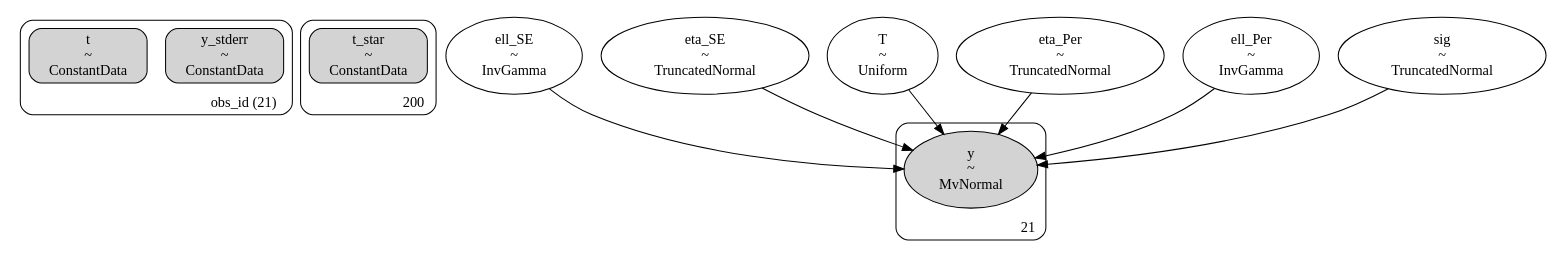
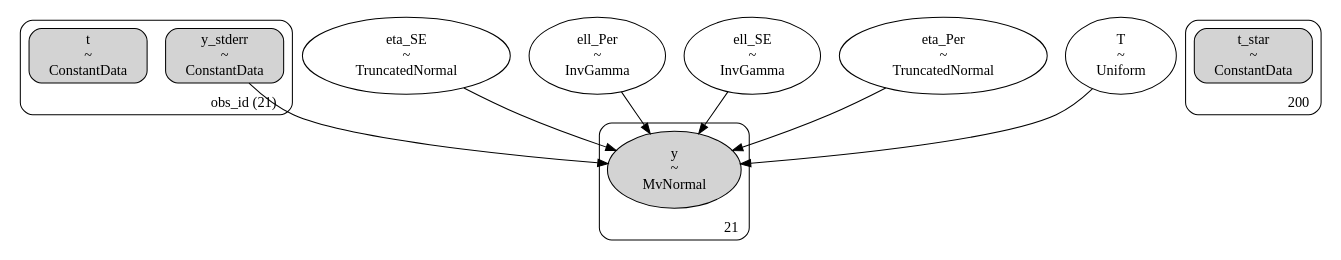
The diagram in dags/428_ra236.530_dec-46.922_4U1543TraPDB_andersson_gpSE_gpPer_dag.dot (shihchingfu/gp-sandbox-thunderkat), drawn with Graphviz before and after one commit. The commit also changed 21 other files, not shown here.

```diff
--- a/dags/428_ra236.530_dec-46.922_4U1543TraPDB_andersson_gpSE_gpPer_dag.dot
+++ b/dags/428_ra236.530_dec-46.922_4U1543TraPDB_andersson_gpSE_gpPer_dag.dot
@@ -1,47 +1,44 @@
 digraph {
 	subgraph "clusterobs_id (21)" {
 		y_stderr [label="y_stderr
 ~
 ConstantData" shape=box style="rounded, filled"]
 		t [label="t
 ~
 ConstantData" shape=box style="rounded, filled"]
 		label="obs_id (21)" labeljust=r labelloc=b style=rounded
 	}
 	subgraph cluster200 {
 		t_star [label="t_star
 ~
 ConstantData" shape=box style="rounded, filled"]
 		label=200 labeljust=r labelloc=b style=rounded
 	}
+	eta_SE [label="eta_SE
+~
+TruncatedNormal" shape=ellipse]
+	ell_Per [label="ell_Per
+~
+InvGamma" shape=ellipse]
 	ell_SE [label="ell_SE
 ~
 InvGamma" shape=ellipse]
-	eta_SE [label="eta_SE
+	eta_Per [label="eta_Per
 ~
 TruncatedNormal" shape=ellipse]
 	T [label="T
 ~
 Uniform" shape=ellipse]
-	eta_Per [label="eta_Per
-~
-TruncatedNormal" shape=ellipse]
-	ell_Per [label="ell_Per
-~
-InvGamma" shape=ellipse]
-	sig [label="sig
-~
-TruncatedNormal" shape=ellipse]
 	subgraph cluster21 {
 		y [label="y
 ~
 MvNormal" shape=ellipse style=filled]
 		label=21 labeljust=r labelloc=b style=rounded
 	}
+	eta_SE -> y
+	ell_Per -> y
+	eta_Per -> y
 	T -> y
+	y_stderr -> y
 	ell_SE -> y
-	eta_Per -> y
-	ell_Per -> y
-	eta_SE -> y
-	sig -> y
 }
```
